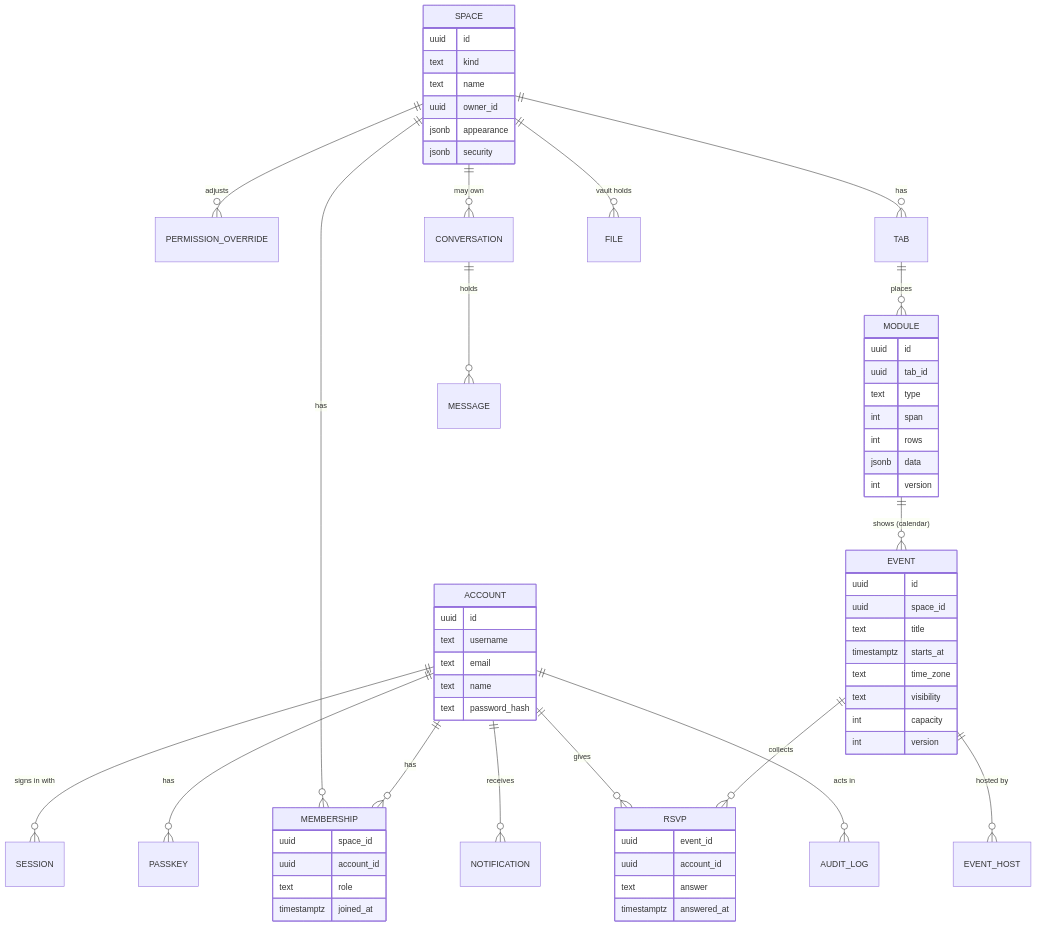
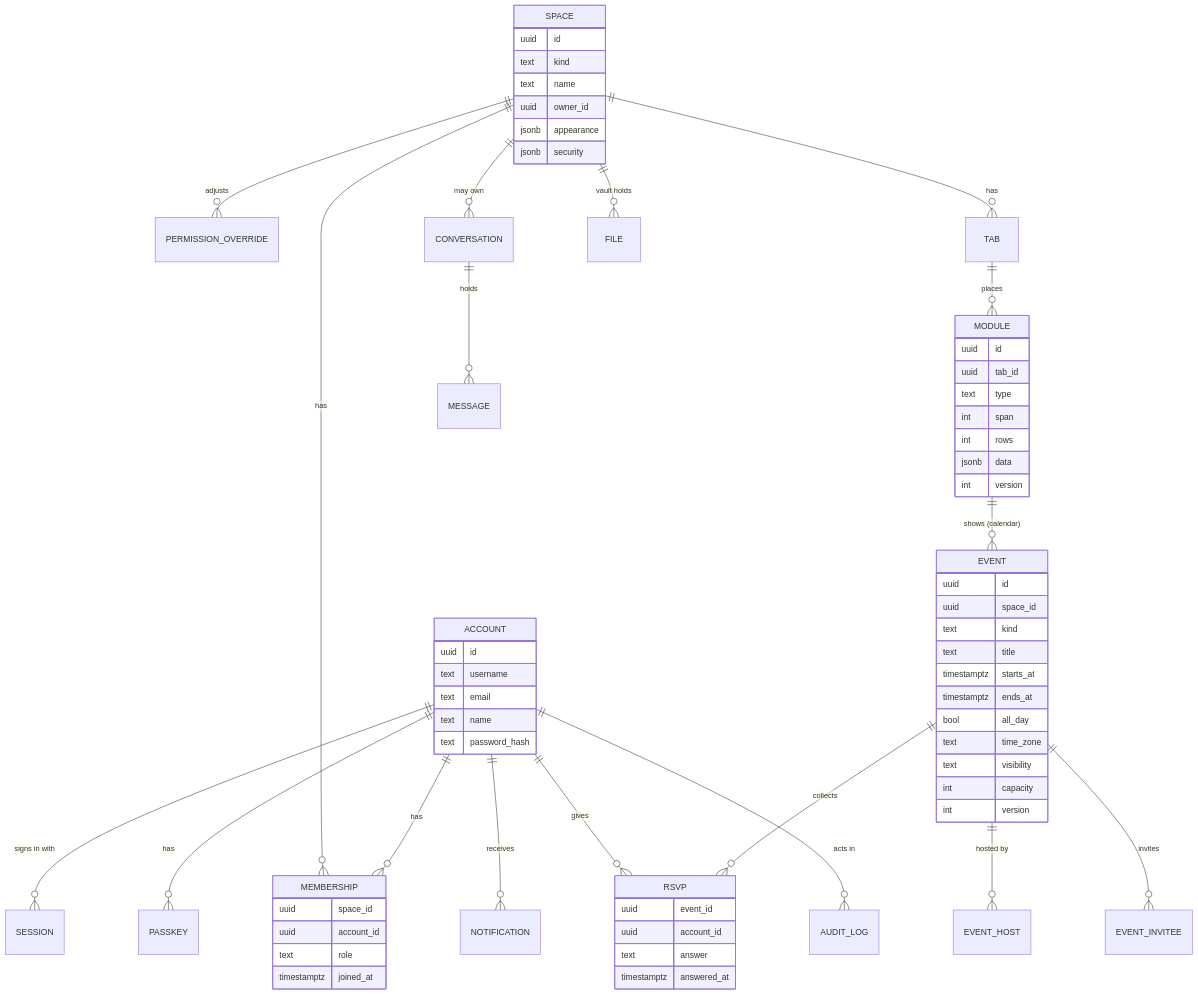
Before and after one commit to BigTMiami/threeden: the third of 7 diagrams in docs/architecture.md, drawn with Mermaid. The commit also changed other lines of this file and 70 other files, not shown here.

````diff
--- a/docs/architecture.md
+++ b/docs/architecture.md
@@ -243,66 +243,70 @@
 ```mermaid
 erDiagram
   ACCOUNT ||--o{ SESSION : "signs in with"
   ACCOUNT ||--o{ PASSKEY : has
   ACCOUNT ||--o{ MEMBERSHIP : has
   SPACE ||--o{ MEMBERSHIP : has
   SPACE ||--o{ PERMISSION_OVERRIDE : adjusts
   SPACE ||--o{ TAB : has
   TAB ||--o{ MODULE : places
   MODULE ||--o{ EVENT : "shows (calendar)"
   EVENT ||--o{ RSVP : collects
   ACCOUNT ||--o{ RSVP : gives
   EVENT ||--o{ EVENT_HOST : "hosted by"
+  EVENT ||--o{ EVENT_INVITEE : invites
   SPACE ||--o{ CONVERSATION : "may own"
   CONVERSATION ||--o{ MESSAGE : holds
   ACCOUNT ||--o{ NOTIFICATION : receives
   SPACE ||--o{ FILE : "vault holds"
   ACCOUNT ||--o{ AUDIT_LOG : "acts in"
 
   ACCOUNT {
     uuid id
     text username
     text email
     text name
     text password_hash
   }
   SPACE {
     uuid id
     text kind
     text name
     uuid owner_id
     jsonb appearance
     jsonb security
   }
   MEMBERSHIP {
     uuid space_id
     uuid account_id
     text role
     timestamptz joined_at
   }
   MODULE {
     uuid id
     uuid tab_id
     text type
     int span
     int rows
     jsonb data
     int version
   }
   EVENT {
     uuid id
     uuid space_id
+    text kind
     text title
     timestamptz starts_at
+    timestamptz ends_at
+    bool all_day
     text time_zone
     text visibility
     int capacity
     int version
   }
   RSVP {
     uuid event_id
     uuid account_id
     text answer
     timestamptz answered_at
   }
 ```
````
